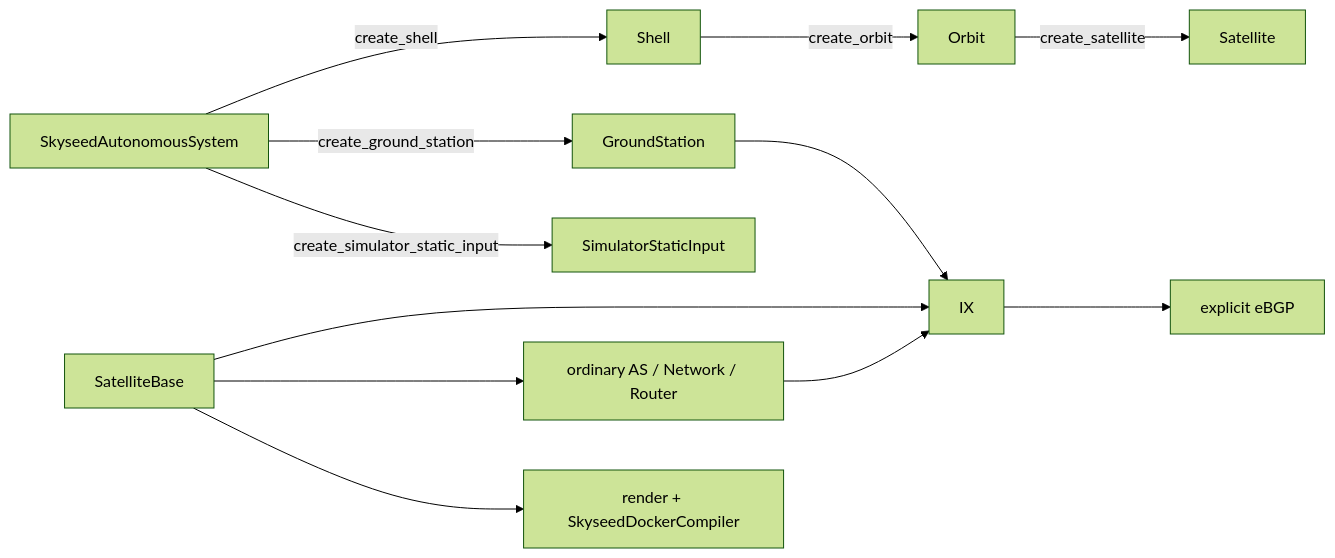
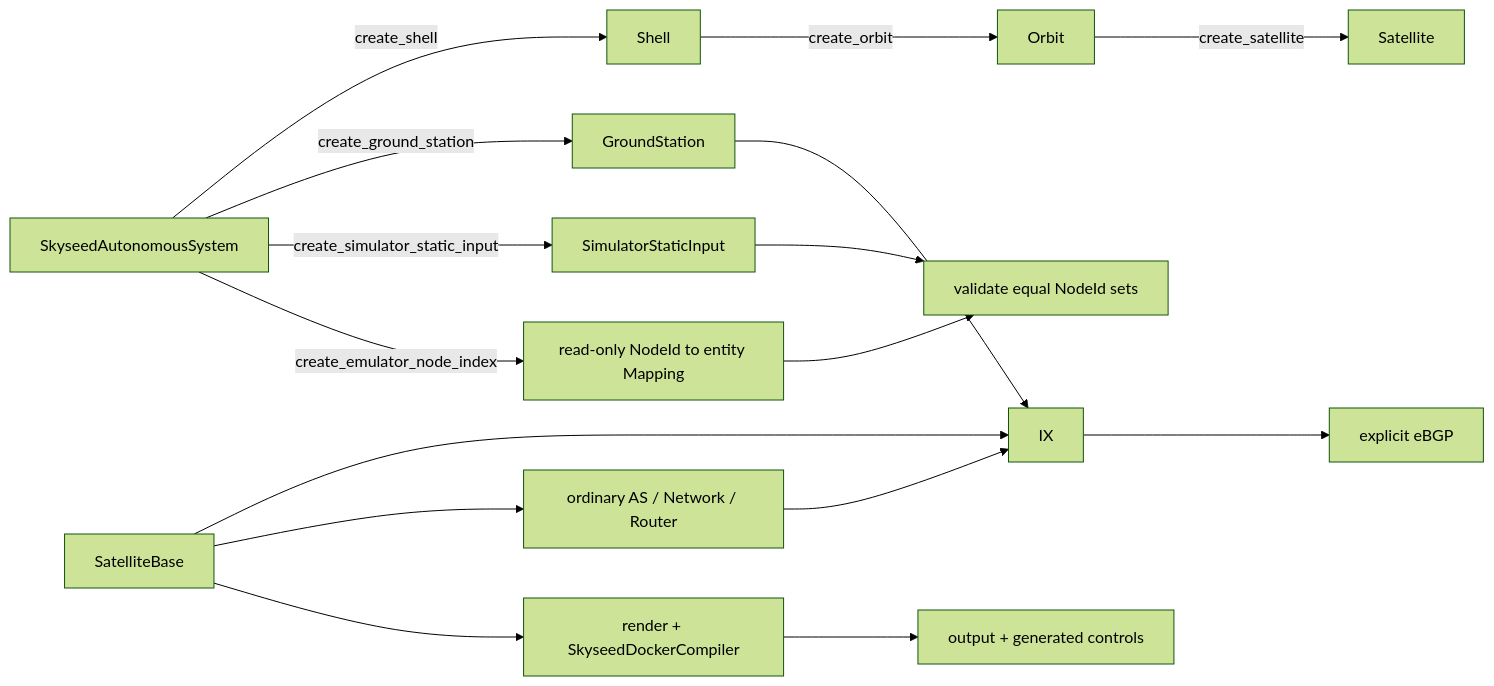
Before and after one commit to seed-labs/skyseed: the second of 4 diagrams in skyseed_v2/docs/architecture/emulator-public-construction-api.md, drawn with Mermaid (forest theme). The commit also changed other lines of this file and 47 other files, not shown here.

Commit message:
Unify generated examples and cross-layer node identity

````diff
--- a/skyseed_v2/docs/architecture/emulator-public-construction-api.md
+++ b/skyseed_v2/docs/architecture/emulator-public-construction-api.md
@@ -95,14 +106,18 @@
 ```mermaid
 flowchart LR
     A[SkyseedAutonomousSystem] -->|create_shell| S[Shell]
     S -->|create_orbit| O[Orbit]
     O -->|create_satellite| T[Satellite]
     A -->|create_ground_station| G[GroundStation]
     B[SatelliteBase] --> X[IX]
     B --> N[ordinary AS / Network / Router]
     G --> X
     N --> X
     X --> P[explicit eBGP]
     A -->|create_simulator_static_input| I[SimulatorStaticInput]
+    A -->|create_emulator_node_index| D[read-only NodeId to entity Mapping]
+    I --> V[validate equal NodeId sets]
+    D --> V
     B --> C[render + SkyseedDockerCompiler]
+    C --> Q[output + generated controls]
 ```
````
